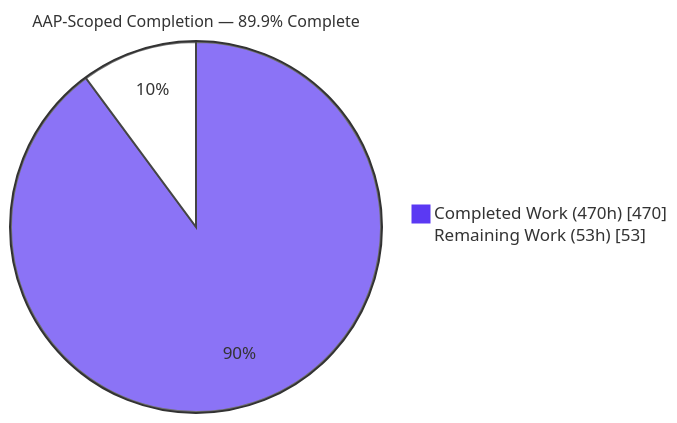
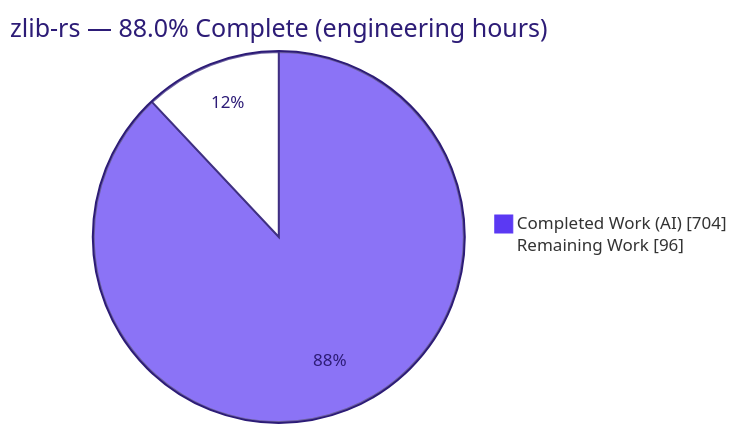
The first of 4 diagrams in blitzy/documentation/Project Guide.md (Blitzy-Sandbox/blitzy-zlib), drawn with Mermaid before and after one commit. The commit also changed other lines of this file, not shown here.

Commit message:
Adding Blitzy Project Guide: Project Status and Human Tasks Remaining

````diff
--- a/blitzy/documentation/Project Guide.md
+++ b/blitzy/documentation/Project Guide.md
@@ -17,6 +17,6 @@
 ```mermaid
-%%{init: {'theme':'base','themeVariables':{'pie1':'#5B39F3','pie2':'#FFFFFF','pieStrokeColor':'#333333','pieOuterStrokeColor':'#333333','pieSectionTextColor':'#333333','pieStrokeWidth':'2px','pieTitleTextSize':'16px'}}}%%
-pie showData title AAP-Scoped Completion — 89.9% Complete
-    "Completed Work (470h)" : 470
-    "Remaining Work (53h)" : 53
+%%{init: {'theme':'base', 'themeVariables': {'pie1':'#5B39F3','pie2':'#FFFFFF','pieStrokeColor':'#2D1C77','pieOuterStrokeColor':'#2D1C77','pieStrokeWidth':'2px','pieTitleTextColor':'#2D1C77','pieSectionTextColor':'#2D1C77','pieOuterStrokeWidth':'2px','pieLegendTextColor':'#333333'}}}%%
+pie showData title zlib-rs — 88.0% Complete (engineering hours)
+    "Completed Work (AI)" : 704
+    "Remaining Work" : 96
 ```
````
